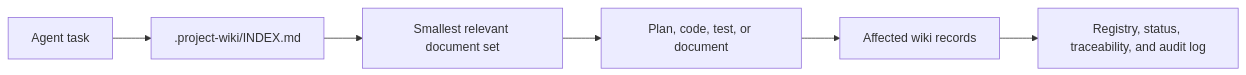
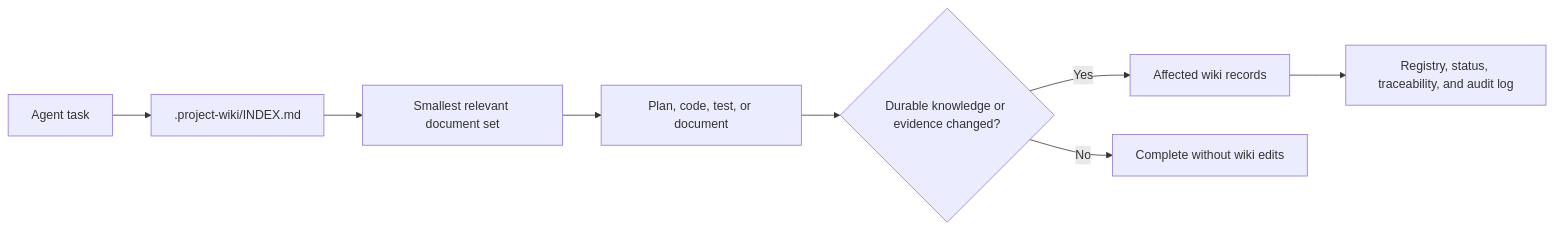
One commit to giodra96/project-wiki changed the diagram in README.md. Above: the diagram before and after it, drawn with Mermaid. The commit also changed other lines of this file and 7 other files, not shown here.

````diff
--- a/README.md
+++ b/README.md
@@ -165,8 +165,10 @@
 ```mermaid
 flowchart LR
   Task[Agent task] --> Root[.project-wiki/INDEX.md]
   Root --> Context[Smallest relevant document set]
   Context --> Work[Plan, code, test, or document]
-  Work --> Update[Affected wiki records]
+  Work --> Impact{Durable knowledge or evidence changed?}
+  Impact -->|Yes| Update[Affected wiki records]
+  Impact -->|No| Done[Complete without wiki edits]
   Update --> Catalog[Registry, status, traceability, and audit log]
 ```
````
